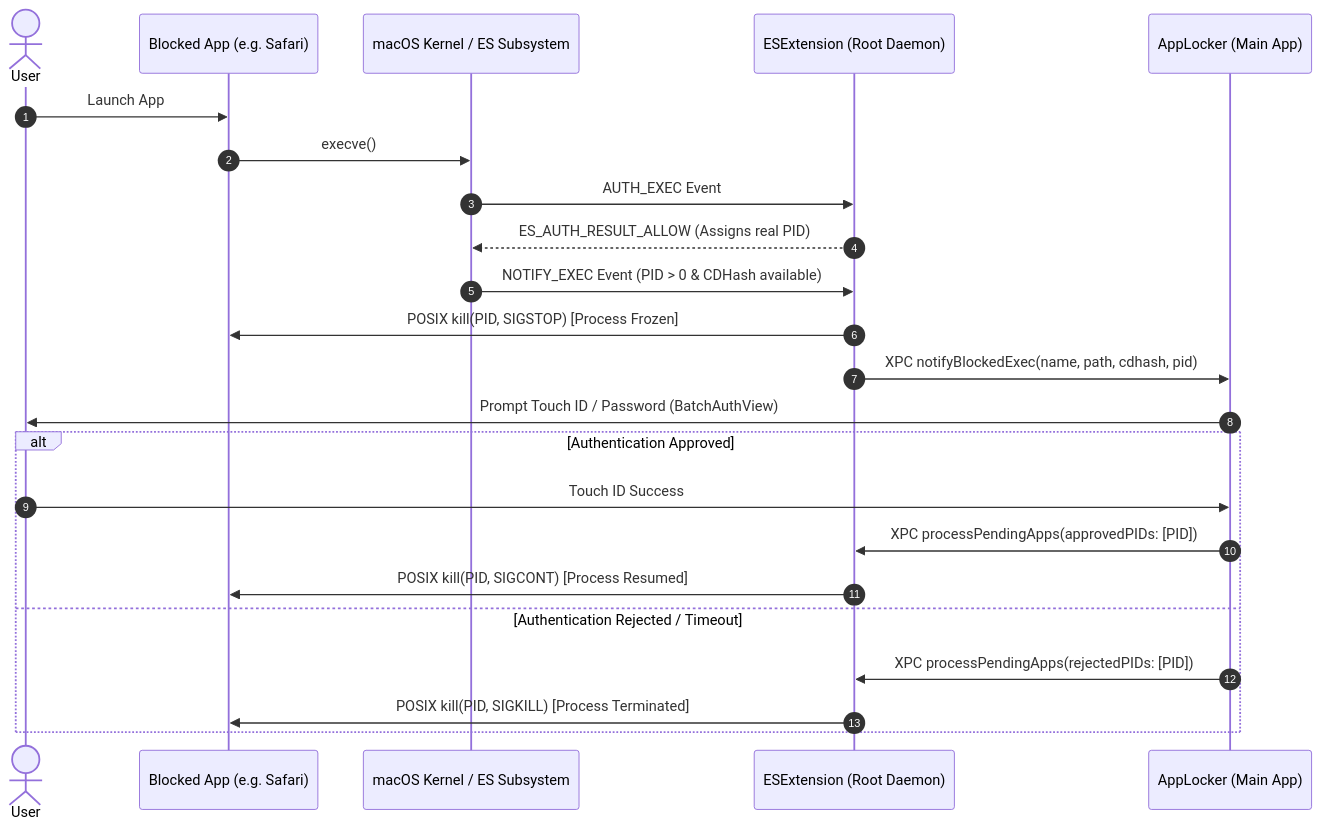
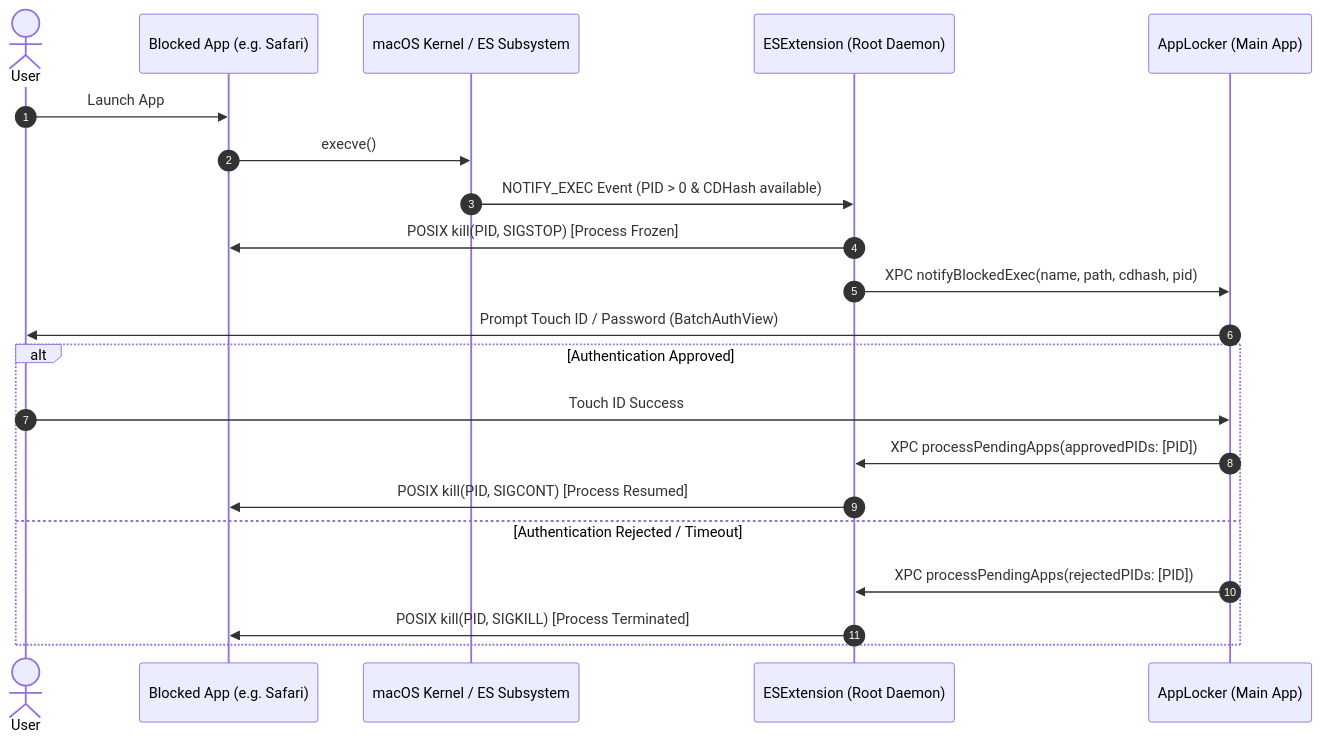
One commit to TranPhuong319/AppLocker changed the diagram in README.md. Above: the diagram before and after it, drawn with Mermaid. The commit also changed other lines of this file and 1 other file, not shown here.

First line of the commit message:
docs(readme): update system architecture and sequence flow for process interception

````diff
--- a/README.md
+++ b/README.md
@@ -84,26 +84,24 @@
 ```mermaid
 sequenceDiagram
     autonumber
     actor User
     participant TargetApp as Blocked App (e.g. Safari)
     participant Kernel as macOS Kernel / ES Subsystem
     participant ESExt as ESExtension (Root Daemon)
     participant AppLocker as AppLocker (Main App)
 
     User->>TargetApp: Launch App
     TargetApp->>Kernel: execve()
-    Kernel->>ESExt: AUTH_EXEC Event
-    ESExt-->>Kernel: ES_AUTH_RESULT_ALLOW (Assigns real PID)
     Kernel->>ESExt: NOTIFY_EXEC Event (PID > 0 & CDHash available)
     ESExt->>TargetApp: POSIX kill(PID, SIGSTOP) [Process Frozen]
     ESExt->>AppLocker: XPC notifyBlockedExec(name, path, cdhash, pid)
     AppLocker->>User: Prompt Touch ID / Password (BatchAuthView)
     alt Authentication Approved
         User->>AppLocker: Touch ID Success
         AppLocker->>ESExt: XPC processPendingApps(approvedPIDs: [PID])
         ESExt->>TargetApp: POSIX kill(PID, SIGCONT) [Process Resumed]
     else Authentication Rejected / Timeout
         AppLocker->>ESExt: XPC processPendingApps(rejectedPIDs: [PID])
         ESExt->>TargetApp: POSIX kill(PID, SIGKILL) [Process Terminated]
     end
 ```
````
